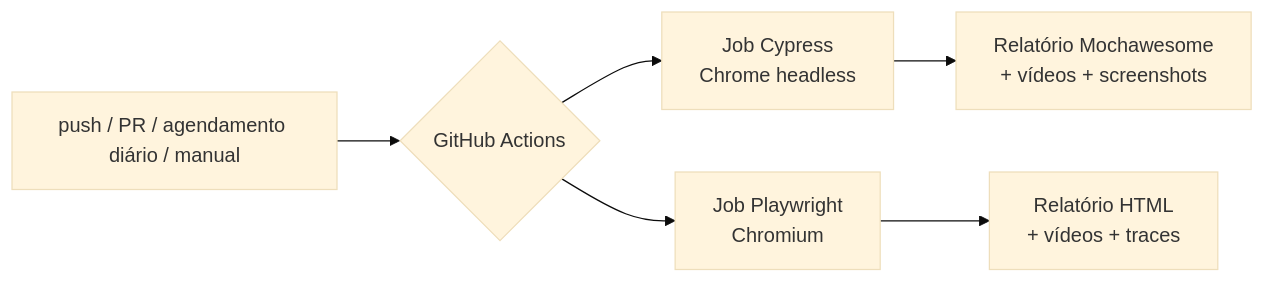
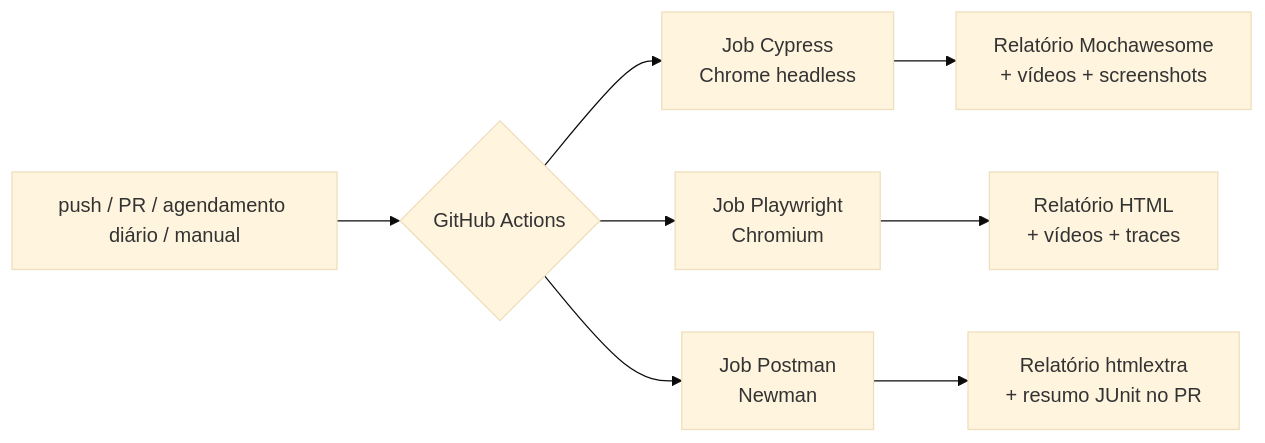
The diagram in README.md (Pietro19/Portfolio_QA), drawn with Mermaid (base theme) before and after one commit. The commit also changed other lines of this file, not shown here.

Commit message:
docs: inclui testes de API (Postman/Newman) no README

````diff
--- a/README.md
+++ b/README.md
@@ -91,8 +106,10 @@
 ```mermaid
 flowchart LR
     A[push / PR / agendamento diário / manual] --> B{GitHub Actions}
     B --> C[Job Cypress<br/>Chrome headless]
     B --> D[Job Playwright<br/>Chromium]
+    B --> G[Job Postman<br/>Newman]
     C --> E[Relatório Mochawesome<br/>+ vídeos + screenshots]
     D --> F[Relatório HTML<br/>+ vídeos + traces]
+    G --> H[Relatório htmlextra<br/>+ resumo JUnit no PR]
 ```
````
